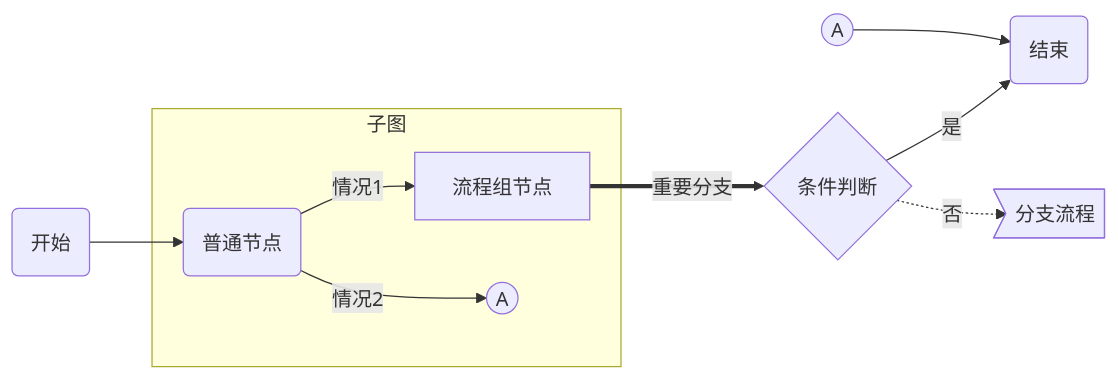
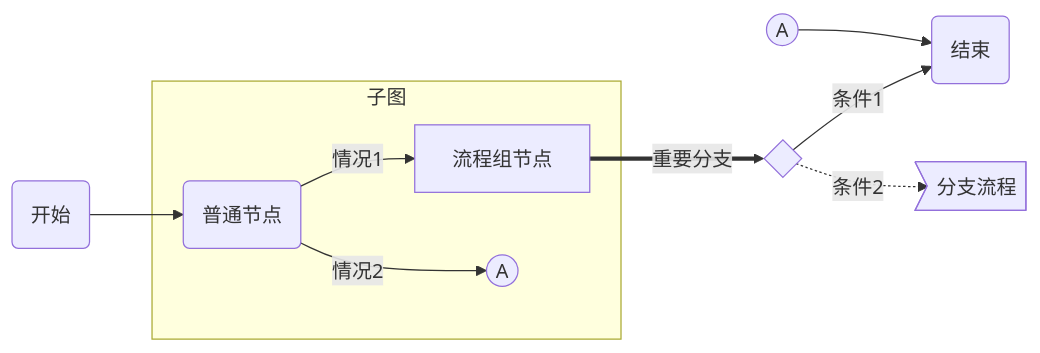
Before and after one commit to MadMaxChow/VLOOK: the first of 12 diagrams in released/demo/脚本化图表参考指南.md, drawn with Mermaid. The commit also changed other lines of this file and 26 other files, not shown here.

````diff
--- a/released/demo/脚本化图表参考指南.md
+++ b/released/demo/脚本化图表参考指南.md
@@ -27,16 +27,16 @@
 ```mermaid
 graph LR
 START(开始) --> node1(普通节点)
 subgraph 子图
 	node1 --> |情况1|groud1[流程组节点]
   node1 --> |情况2|A1((A))
 end
 
 %% this is a comment
 
-groud1 ==> |重要分支|cond1{条件判断}
-cond1 --> |是|END
-cond1 -.-> |否|page2>分支流程]
+groud1 ==> |重要分支|cond1{ }
+cond1 --> |条件1|END
+cond1 -.-> |条件2|page2>分支流程]
 A2((A)) --> END
 END(结束)
 ```
````
